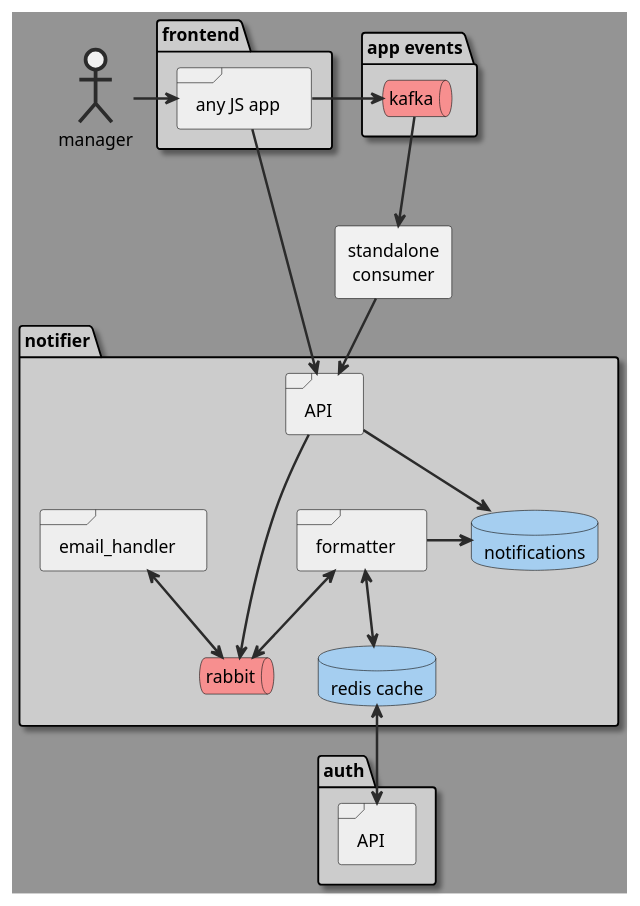
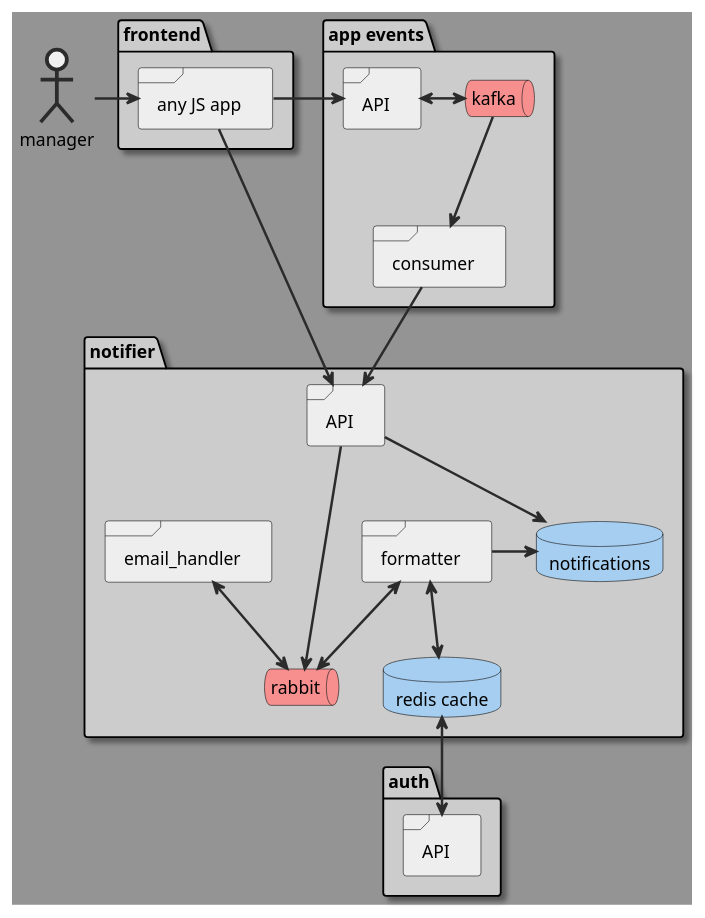
The diagram in scheme/maybe.puml (YanPonomarevMP/notifications_sprint_1), drawn with PlantUML before and after one commit.

Commit message:
Консюмер добавили внутрь events
Потому что так нужно.

```diff
--- a/scheme/maybe.puml
+++ b/scheme/maybe.puml
@@ -1,84 +1,89 @@
 @startuml
 
 <style>
     package {
         backgroundcolor #CCC
         Shadowing 1
     }
     document {
         backgroundcolor #949494
     }
     frame {
         backgroundcolor #EEE
     }
     database {
         backgroundcolor #A5CEF0
     }
     queue {
         backgroundcolor #F78F8F
     }
     actor {
         linethickness 3
         linecolor #2B2B2B
     }
     arrow {
         linethickness 2
         linecolor #2B2B2B
     }
     folder {
         backgroundcolor #FFCD73
     }
 </style>
 
 package "notifier" {
     frame notifier_api as "API" {
     }
     frame notifier_formatter as "formatter" {
     }
     frame notifier_email_handler as "email_handler" {
     }
     database notifier_postgres as "notifications" {
     }
     database notifier_cache as "redis cache" {
     }
     queue notifier_queue as "rabbit" {
     }
 }
 
 package events as "app events" {
+    frame events_api as "API" {
+    }
     queue events_kafka as "kafka" {
+    }
+    frame notifier_to_events_consumer as "consumer" {
     }
 }
 
 package "auth" {
     frame auth_api as "API" {
     }
 }
 
 package "frontend" {
     frame frontend_app as "any JS app" {
     }
 }
 
-rectangle notifier_to_events_consumer as "standalone\n consumer"
 actor notifier_user as "manager"
 
 events_kafka --> notifier_to_events_consumer
 notifier_to_events_consumer --> notifier_api
 
 notifier_user -right-> frontend_app
-frontend_app --> notifier_api
-frontend_app -right-> events_kafka
+frontend_app ---> notifier_api
+frontend_app -right-> events_api
+events_api <-right-> events_kafka
 
 notifier_api --> notifier_postgres
 notifier_api ---> notifier_queue
 
 notifier_formatter <--> notifier_queue
 notifier_email_handler <--> notifier_queue
 
 notifier_formatter <-down-> notifier_cache
 notifier_cache <-down-> auth_api
 notifier_formatter -> notifier_postgres
 
+'note right of notifier_formatter : aaa
 
 @enduml
```
